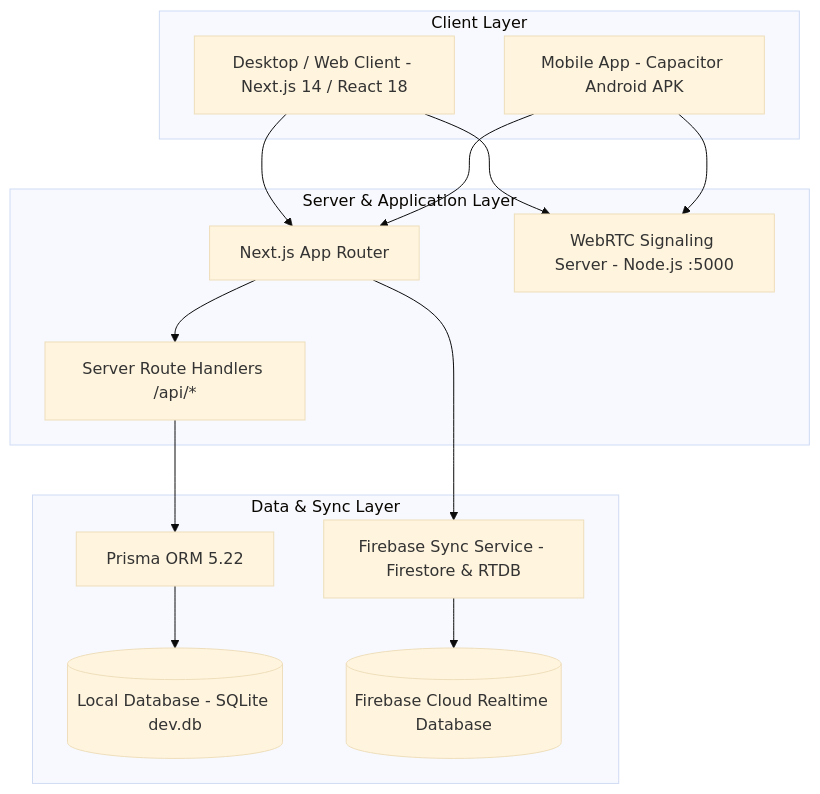
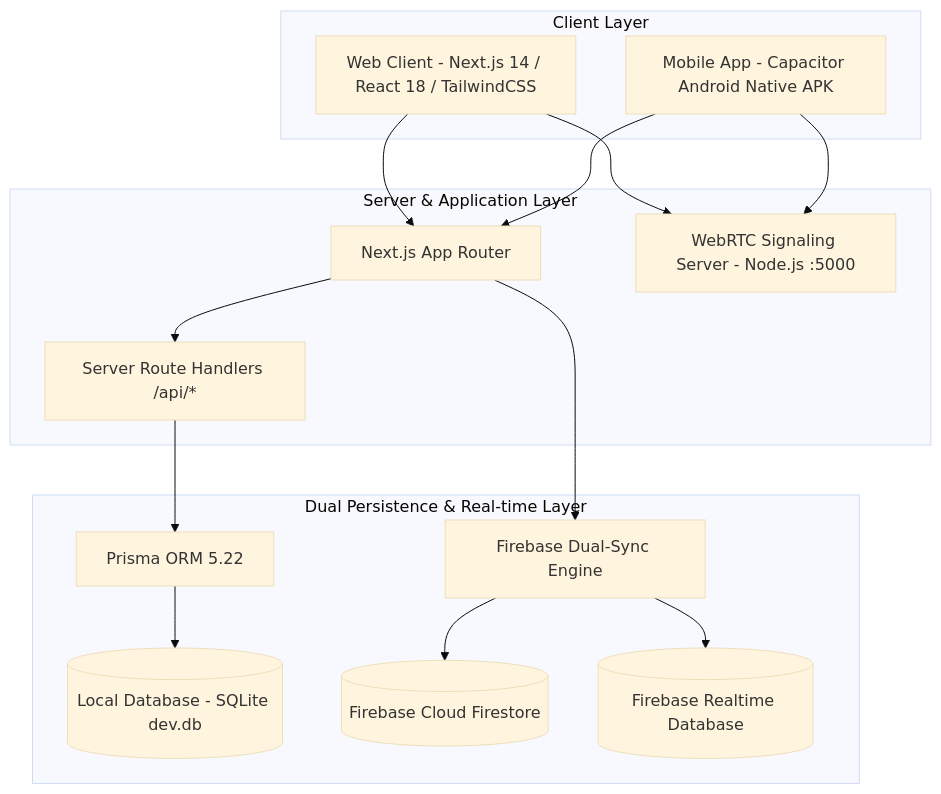
One commit to Nithishkumar-2501/LEAD-MANAGEMENT-SYSTEM changed the diagram in PROJECT_KNOWLEDGE_BASE.md. Above: the diagram before and after it, drawn with Mermaid (base theme). The commit also changed other lines of this file and 1 other file, not shown here.

````diff
--- a/PROJECT_KNOWLEDGE_BASE.md
+++ b/PROJECT_KNOWLEDGE_BASE.md
@@ -19,30 +31,32 @@
 ```mermaid
 graph TD
     subgraph Client Layer
-        Web[Desktop / Web Client - Next.js 14 / React 18]
-        Mobile[Mobile App - Capacitor Android APK]
+        Web[Web Client - Next.js 14 / React 18 / TailwindCSS]
+        Mobile[Mobile App - Capacitor Android Native APK]
     end
 
     subgraph Server & Application Layer
         Router[Next.js App Router]
         API[Server Route Handlers /api/*]
         WebRTC[WebRTC Signaling Server - Node.js :5000]
     end
 
-    subgraph Data & Sync Layer
+    subgraph Dual Persistence & Real-time Layer
         Prisma[Prisma ORM 5.22]
         SQLite[(Local Database - SQLite dev.db)]
-        FirebaseSync[Firebase Sync Service - Firestore & RTDB]
-        CloudDB[(Firebase Cloud Realtime Database)]
+        FBSync[Firebase Dual-Sync Engine]
+        Firestore[(Firebase Cloud Firestore)]
+        RTDB[(Firebase Realtime Database)]
     end
 
     Web --> Router
     Mobile --> Router
     Router --> API
     API --> Prisma
     Prisma --> SQLite
-    Router --> FirebaseSync
-    FirebaseSync --> CloudDB
+    Router --> FBSync
+    FBSync --> Firestore
+    FBSync --> RTDB
     Web --> WebRTC
     Mobile --> WebRTC
 ```
````
